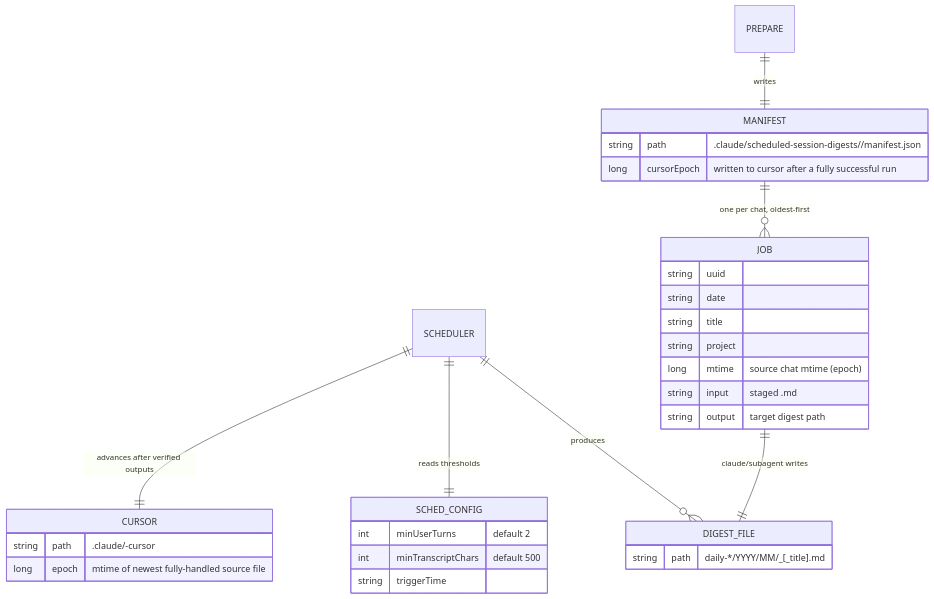
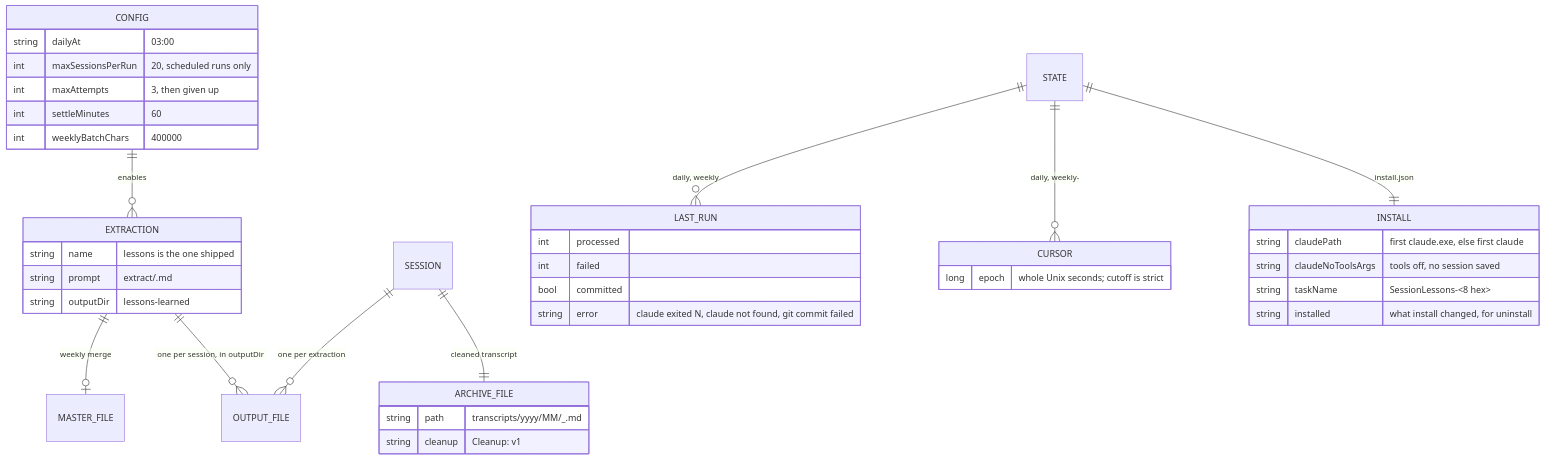
One commit to cheneeheng/claude-code-command-center changed the fourth of 4 diagrams in tools/scheduled-session-digests/product/ARCHITECTURE.md. Above: the diagram before and after it, drawn with Mermaid. The commit also changed other lines of this file and 12 other files, not shown here.

First line of the commit message:
fix(scheduled-session-digests): fix live-run defects (rebuild phase 6)

````diff
--- a/tools/scheduled-session-digests/product/ARCHITECTURE.md
+++ b/tools/scheduled-session-digests/product/ARCHITECTURE.md
@@ -95,35 +73,43 @@
 ```mermaid
 erDiagram
-    SCHEDULER ||--o{ DIGEST_FILE : "produces"
-    SCHEDULER ||--|| SCHED_CONFIG : "reads thresholds"
-    SCHEDULER ||--|| CURSOR : "advances after verified outputs"
-    PREPARE ||--|| MANIFEST : "writes"
-    MANIFEST ||--o{ JOB : "one per chat, oldest-first"
-    JOB ||--|| DIGEST_FILE : "claude/subagent writes"
+    CONFIG ||--o{ EXTRACTION : "enables"
+    EXTRACTION ||--o{ OUTPUT_FILE : "one per session, in outputDir"
+    EXTRACTION ||--o| MASTER_FILE : "weekly merge"
+    SESSION ||--|| ARCHIVE_FILE : "cleaned transcript"
+    SESSION ||--o{ OUTPUT_FILE : "one per extraction"
+    STATE ||--|| INSTALL : "install.json"
+    STATE ||--o{ CURSOR : "daily, weekly-<extraction>"
+    STATE ||--o{ LAST_RUN : "daily, weekly"
 
-    SCHED_CONFIG {
-        int minUserTurns "default 2"
-        int minTranscriptChars "default 500"
-        string triggerTime
+    CONFIG {
+        string dailyAt "03:00"
+        int maxSessionsPerRun "20, scheduled runs only"
+        int maxAttempts "3, then given up"
+        int settleMinutes "60"
+        int weeklyBatchChars "400000"
+    }
+    EXTRACTION {
+        string name "lessons is the one shipped"
+        string prompt "extract/<name>.md"
+        string outputDir "lessons-learned"
+    }
+    INSTALL {
+        string claudePath "first claude.exe, else first claude"
+        string claudeNoToolsArgs "tools off, no session saved"
+        string taskName "SessionLessons-<8 hex>"
+        string installed "what install changed, for uninstall"
     }
     CURSOR {
-        string path ".claude/<scheduler>-cursor"
-        long epoch "mtime of newest fully-handled source file"
+        long epoch "whole Unix seconds; cutoff is strict"
     }
-    MANIFEST {
-        string path ".claude/scheduled-session-digests/<scheduler>/manifest.json"
-        long cursorEpoch "written to cursor after a fully successful run"
+    LAST_RUN {
+        int processed
+        int failed
+        bool committed
+        string error "claude exited N, claude not found, git commit failed"
     }
-    JOB {
-        string uuid
-        string date
-        string title
-        string project
-        long mtime "source chat mtime (epoch)"
-        string input "staged <uuid>.md"
-        string output "target digest path"
-    }
-    DIGEST_FILE {
-        string path "daily-*/YYYY/MM/<date>_<uuid>[_title].md"
+    ARCHIVE_FILE {
+        string path "transcripts/yyyy/MM/<date>_<uuid>.md"
+        string cleanup "Cleanup: v1"
     }
 ```
````
